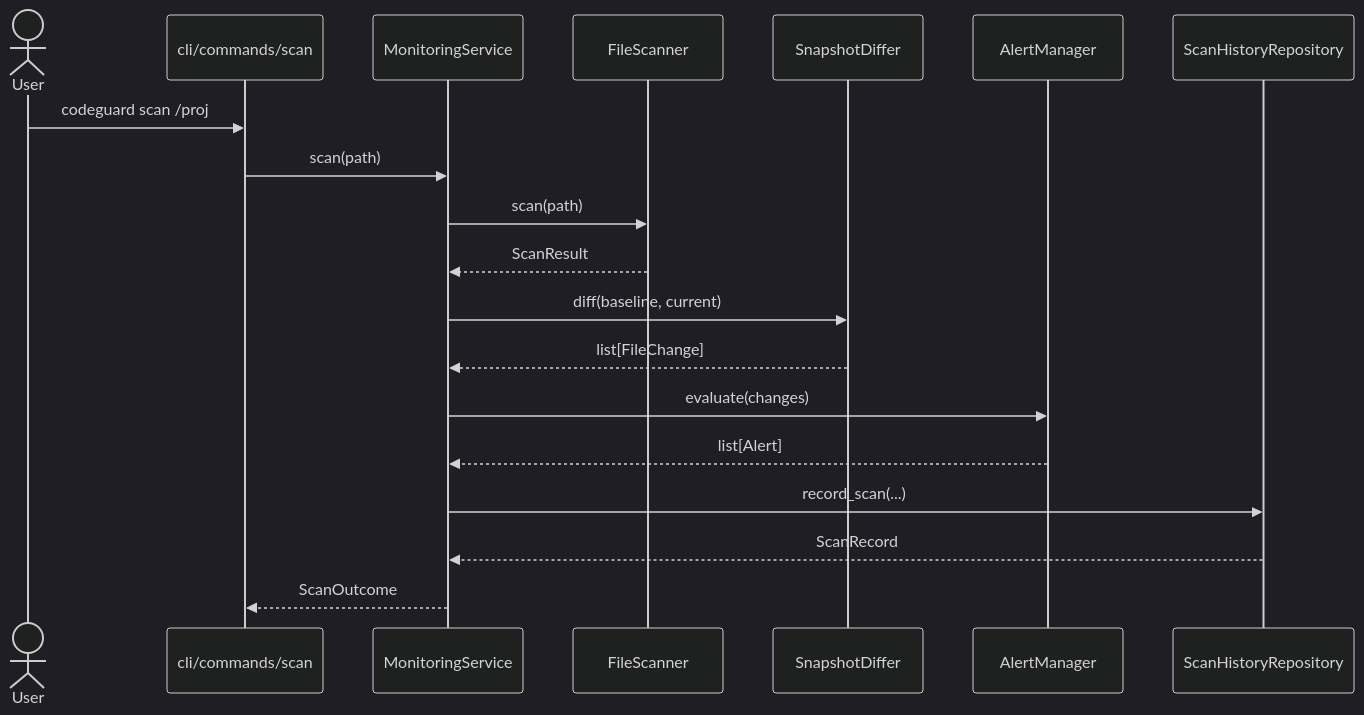
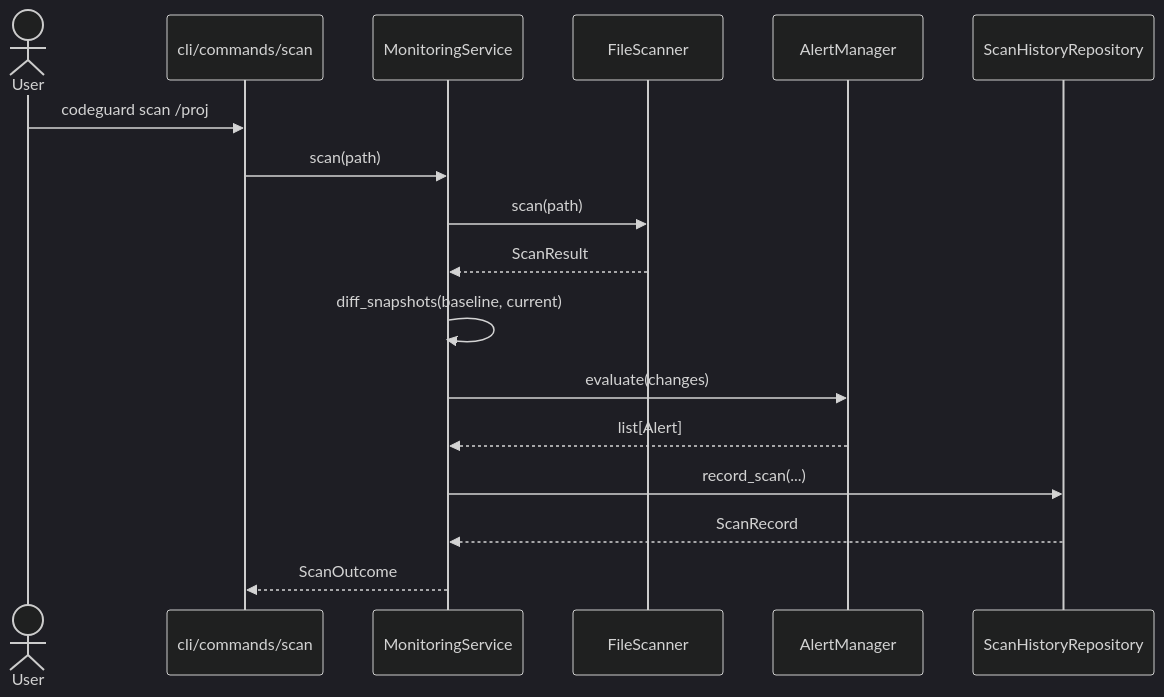
One commit to Gab-Mello/codeGuard changed the third of 3 diagrams in docs/architecture.md. Above: the diagram before and after it, drawn with Mermaid (dark theme). The commit also changed other lines of this file and 2 other files, not shown here.

Commit message:
refactor: replace SnapshotDiffer with diff_snapshots function

````diff
--- a/docs/architecture.md
+++ b/docs/architecture.md
@@ -111,22 +111,20 @@
 ```mermaid
 sequenceDiagram
     actor User
     participant CLI as cli/commands/scan
     participant Svc as MonitoringService
     participant Scn as FileScanner
-    participant Diff as SnapshotDiffer
     participant AM as AlertManager
     participant Hr as ScanHistoryRepository
 
     User->>CLI: codeguard scan /proj
     CLI->>Svc: scan(path)
     Svc->>Scn: scan(path)
     Scn-->>Svc: ScanResult
-    Svc->>Diff: diff(baseline, current)
-    Diff-->>Svc: list[FileChange]
+    Svc->>Svc: diff_snapshots(baseline, current)
     Svc->>AM: evaluate(changes)
     AM-->>Svc: list[Alert]
     Svc->>Hr: record_scan(...)
     Hr-->>Svc: ScanRecord
     Svc-->>CLI: ScanOutcome
 ```
````
